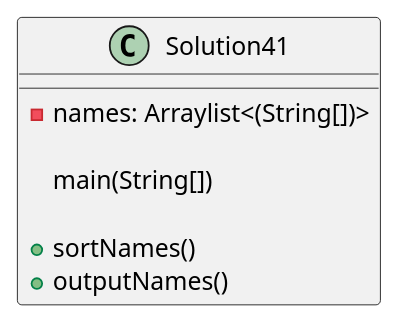
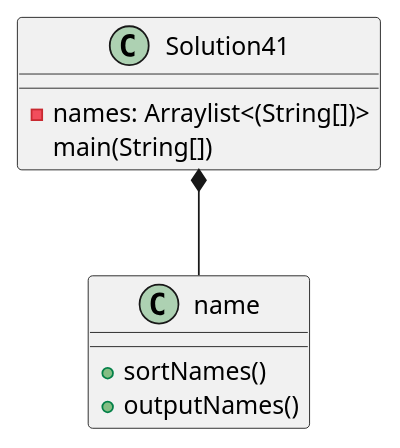
The diagram in exercise41/docs/Solution41_ClassDiagram.puml (cachemoney-3000/samontanez-a04), drawn with PlantUML before and after one commit. The commit also changed 8 other files, not shown here.

```diff
--- a/exercise41/docs/Solution41_ClassDiagram.puml
+++ b/exercise41/docs/Solution41_ClassDiagram.puml
@@ -1,13 +1,16 @@
 @startuml
 class Solution41 {
     'attributes
     -names: Arraylist<(String[])>
+    main(String[])
+}
 
-    main(String[])
-
+class name{
     'behaviors
     +sortNames()
     +outputNames()
 }
 
+Solution41 *-- name
+
 @enduml
```
